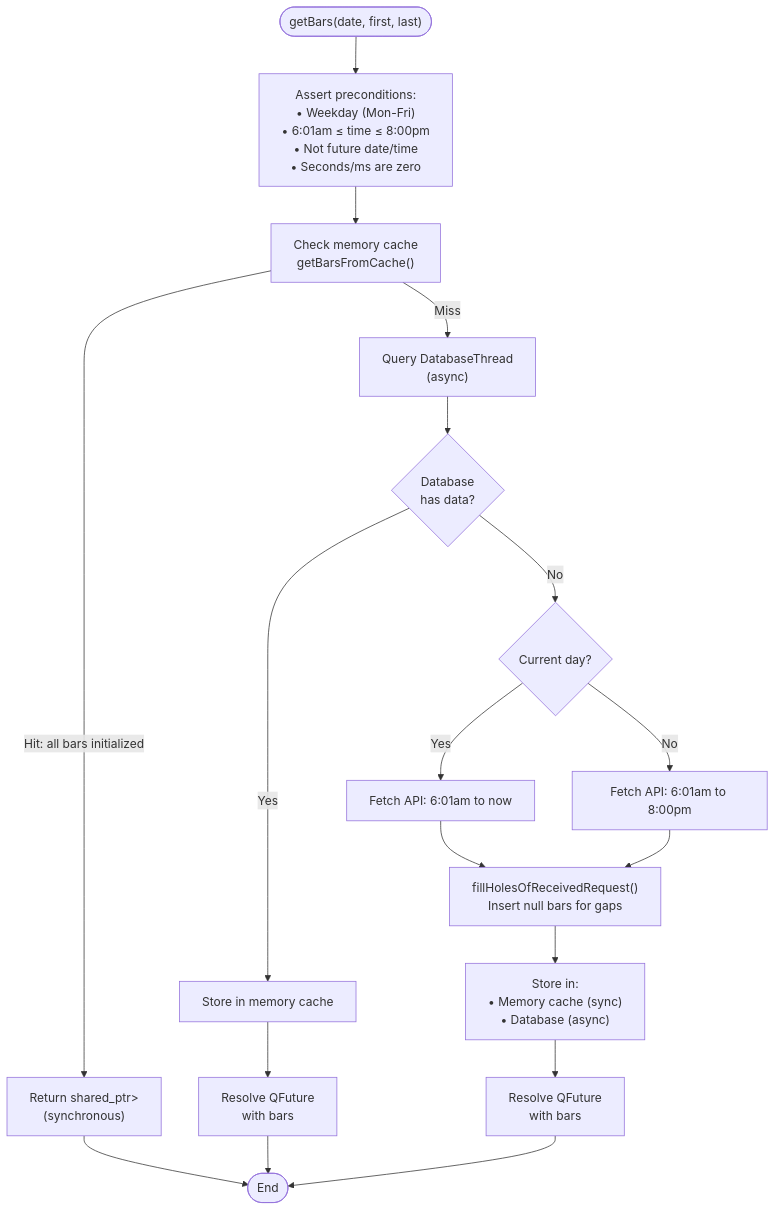
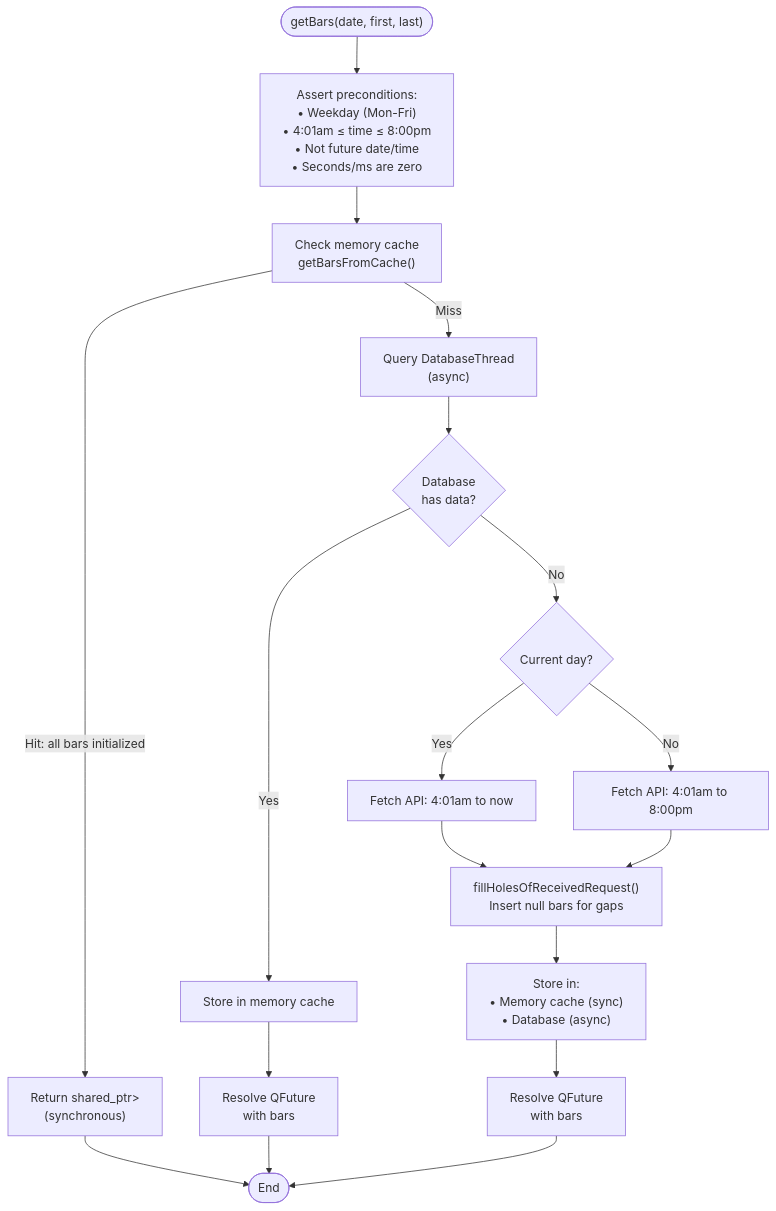
One commit to simonbeaudoin0935/OpenTraderPlatform changed the fourth of 6 diagrams in Src/Core/Cache/BarCache/BarCache.md. Above: the diagram before and after it, drawn with Mermaid. The commit also changed other lines of this file and 5 other files, not shown here.

````diff
--- a/Src/Core/Cache/BarCache/BarCache.md
+++ b/Src/Core/Cache/BarCache/BarCache.md
@@ -179,29 +179,29 @@
 ```mermaid
 flowchart TD
-    START(["getBars(date, first, last)"]) --> ASSERT["Assert preconditions:<br/>• Weekday (Mon-Fri)<br/>• 6:01am ≤ time ≤ 8:00pm<br/>• Not future date/time<br/>• Seconds/ms are zero"]
+    START(["getBars(date, first, last)"]) --> ASSERT["Assert preconditions:<br/>• Weekday (Mon-Fri)<br/>• 4:01am ≤ time ≤ 8:00pm<br/>• Not future date/time<br/>• Seconds/ms are zero"]
     ASSERT --> CHECK_MEMORY["Check memory cache<br/>getBarsFromCache()"]
 
     CHECK_MEMORY -->|"Hit: all bars initialized"| RETURN_SYNC["Return shared_ptr<QVector<Bar>><br/>(synchronous)"]
 
     CHECK_MEMORY -->|"Miss"| CHECK_DB["Query DatabaseThread<br/>(async)"]
 
     CHECK_DB --> DB_RESULT{"Database<br/>has data?"}
 
     DB_RESULT -->|"Yes"| STORE_MEMORY["Store in memory cache"]
     STORE_MEMORY --> RESOLVE_DB["Resolve QFuture<br/>with bars"]
 
     DB_RESULT -->|"No"| DETERMINE_RANGE{"Current day?"}
 
-    DETERMINE_RANGE -->|"Yes"| FETCH_PARTIAL["Fetch API: 6:01am to now"]
-    DETERMINE_RANGE -->|"No"| FETCH_FULL["Fetch API: 6:01am to 8:00pm"]
+    DETERMINE_RANGE -->|"Yes"| FETCH_PARTIAL["Fetch API: 4:01am to now"]
+    DETERMINE_RANGE -->|"No"| FETCH_FULL["Fetch API: 4:01am to 8:00pm"]
 
     FETCH_PARTIAL --> FILL_HOLES["fillHolesOfReceivedRequest()<br/>Insert null bars for gaps"]
     FETCH_FULL --> FILL_HOLES
 
     FILL_HOLES --> STORE_BOTH["Store in:<br/>• Memory cache (sync)<br/>• Database (async)"]
     STORE_BOTH --> RESOLVE_API["Resolve QFuture<br/>with bars"]
 
     RETURN_SYNC --> END(["End"])
     RESOLVE_DB --> END
     RESOLVE_API --> END
 ```
````
